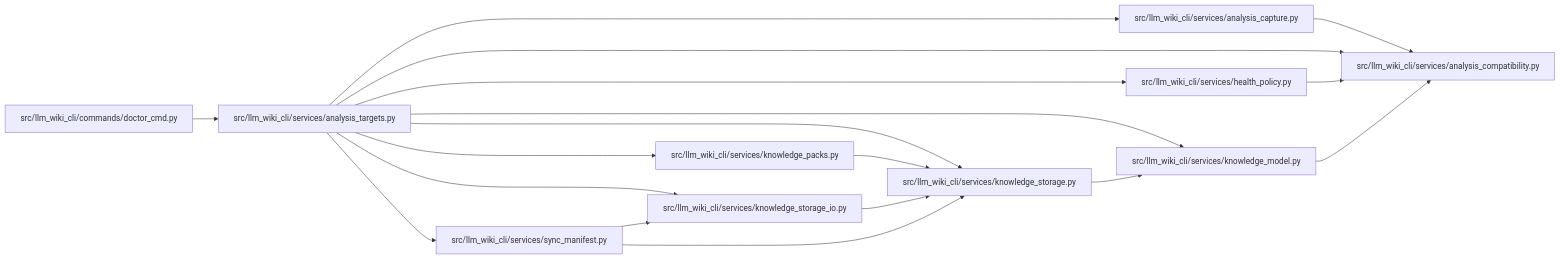
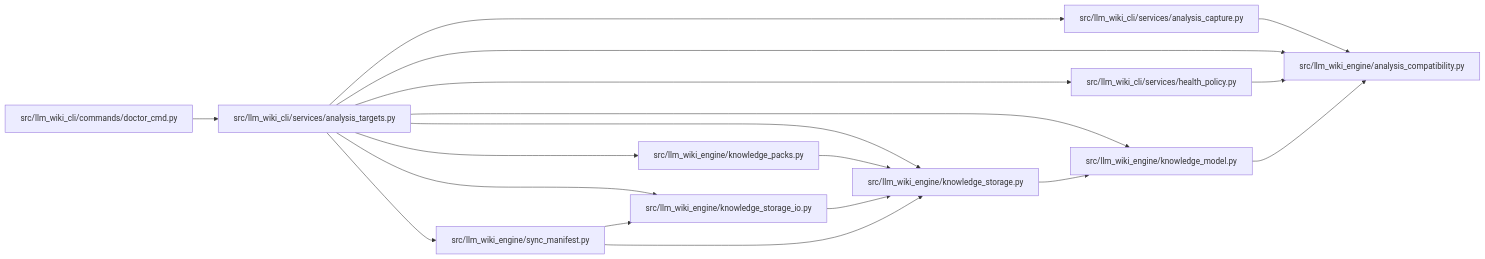
The diagram in docs/llm_wiki/modules/analysis_targets.md (Denissvgn/python-wiki-llm), drawn with Mermaid before and after one commit. The commit also changed other lines of this file and 1058 other files, not shown here.

First line of the commit message:
docs: refresh the wiki for the knowledge store move

````diff
--- a/docs/llm_wiki/modules/analysis_targets.md
+++ b/docs/llm_wiki/modules/analysis_targets.md
@@ -38,40 +38,40 @@
 ```mermaid
 flowchart LR
     n0["src/llm_wiki_cli/commands/doctor_cmd.py"]
     n1["src/llm_wiki_cli/services/analysis_capture.py"]
-    n2["src/llm_wiki_cli/services/analysis_compatibility.py"]
-    n3["src/llm_wiki_cli/services/analysis_targets.py"]
-    n4["src/llm_wiki_cli/services/health_policy.py"]
-    n5["src/llm_wiki_cli/services/knowledge_model.py"]
-    n6["src/llm_wiki_cli/services/knowledge_packs.py"]
-    n7["src/llm_wiki_cli/services/knowledge_storage.py"]
-    n8["src/llm_wiki_cli/services/knowledge_storage_io.py"]
-    n9["src/llm_wiki_cli/services/sync_manifest.py"]
-    n0 --> n3
-    n1 --> n2
-    n3 --> n1
-    n3 --> n2
+    n2["src/llm_wiki_cli/services/analysis_targets.py"]
+    n3["src/llm_wiki_cli/services/health_policy.py"]
+    n4["src/llm_wiki_engine/analysis_compatibility.py"]
+    n5["src/llm_wiki_engine/knowledge_model.py"]
+    n6["src/llm_wiki_engine/knowledge_packs.py"]
+    n7["src/llm_wiki_engine/knowledge_storage.py"]
+    n8["src/llm_wiki_engine/knowledge_storage_io.py"]
+    n9["src/llm_wiki_engine/sync_manifest.py"]
+    n0 --> n2
+    n1 --> n4
+    n2 --> n1
+    n2 --> n3
+    n2 --> n4
+    n2 --> n5
+    n2 --> n6
+    n2 --> n7
+    n2 --> n8
+    n2 --> n9
     n3 --> n4
-    n3 --> n5
-    n3 --> n6
-    n3 --> n7
-    n3 --> n8
-    n3 --> n9
-    n4 --> n2
-    n5 --> n2
+    n5 --> n4
     n6 --> n7
     n7 --> n5
     n8 --> n7
     n9 --> n7
     n9 --> n8
     click n0 "../modules/doctor_cmd.md"
     click n1 "../modules/analysis_capture.md"
-    click n2 "../modules/analysis_compatibility.md"
-    click n3 "../modules/analysis_targets.md"
-    click n4 "../modules/health_policy.md"
+    click n2 "../modules/analysis_targets.md"
+    click n3 "../modules/health_policy.md"
+    click n4 "../modules/analysis_compatibility.md"
     click n5 "../modules/knowledge_model.md"
     click n6 "../modules/knowledge_packs.md"
     click n7 "../modules/knowledge_storage.md"
     click n8 "../modules/knowledge_storage_io.md"
     click n9 "../modules/sync_manifest.md"
 ```
````
